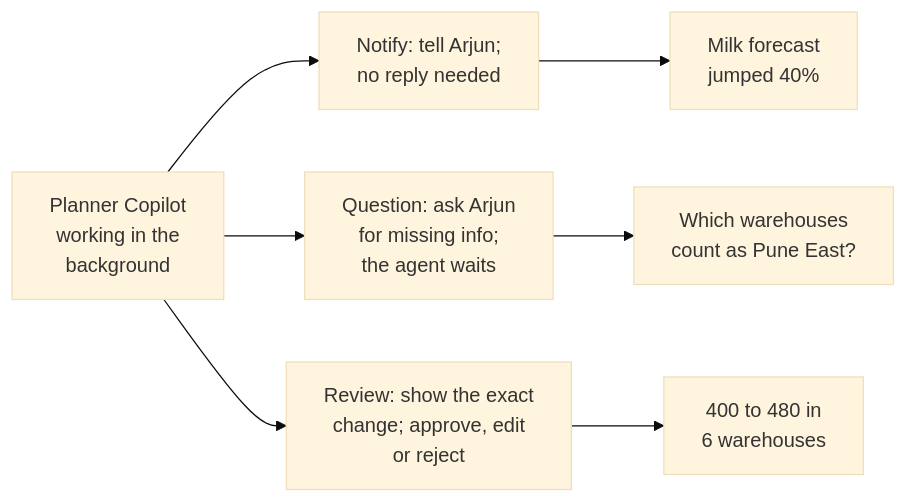
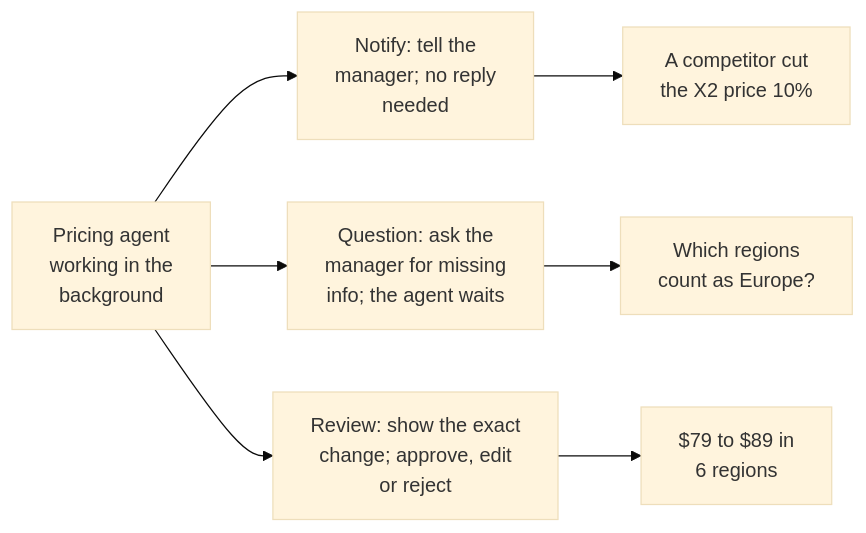
One commit to shubamchaudhary/CodeNITW changed the sixth of 8 diagrams in src/Data/aiStackDocs/CH-07.md. Above: the diagram before and after it, drawn with Mermaid (base theme). The commit also changed other lines of this file and 32 other files, not shown here.

````diff
--- a/src/Data/aiStackDocs/CH-07.md
+++ b/src/Data/aiStackDocs/CH-07.md
@@ -185,9 +185,9 @@
 ```mermaid
 flowchart LR
-    AG["Planner Copilot<br/>working in the<br/>background"] --> NT["Notify: tell Arjun;<br/>no reply needed"]
-    AG --> QS["Question: ask Arjun<br/>for missing info;<br/>the agent waits"]
+    AG["Pricing agent<br/>working in the<br/>background"] --> NT["Notify: tell the<br/>manager; no reply<br/>needed"]
+    AG --> QS["Question: ask the<br/>manager for missing<br/>info; the agent waits"]
     AG --> RV["Review: show the exact<br/>change; approve, edit<br/>or reject"]
-    NT --> E1["Milk forecast<br/>jumped 40%"]
-    QS --> E2["Which warehouses<br/>count as Pune East?"]
-    RV --> E3["400 to 480 in<br/>6 warehouses"]
+    NT --> E1["A competitor cut<br/>the X2 price 10%"]
+    QS --> E2["Which regions<br/>count as Europe?"]
+    RV --> E3["$79 to $89 in<br/>6 regions"]
 ```
````
